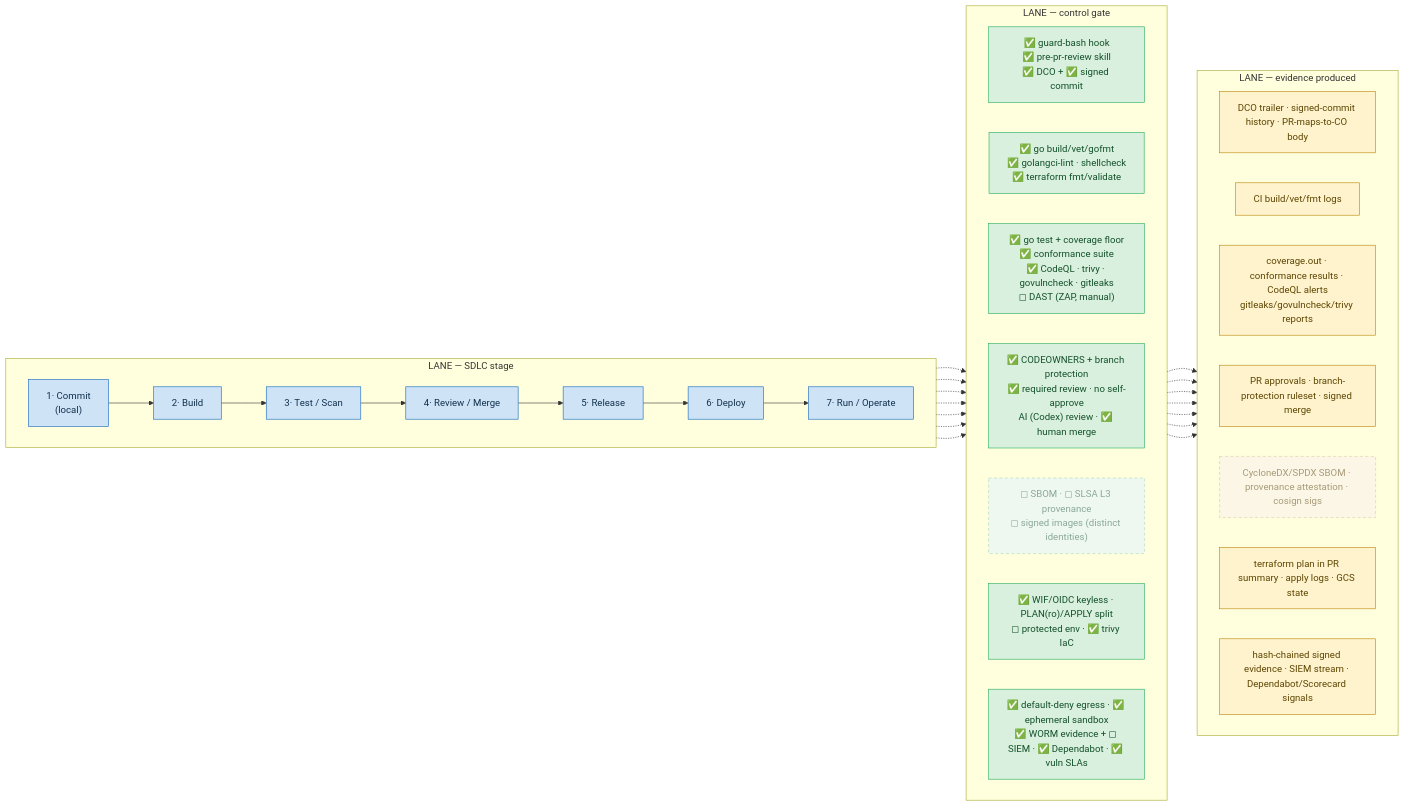
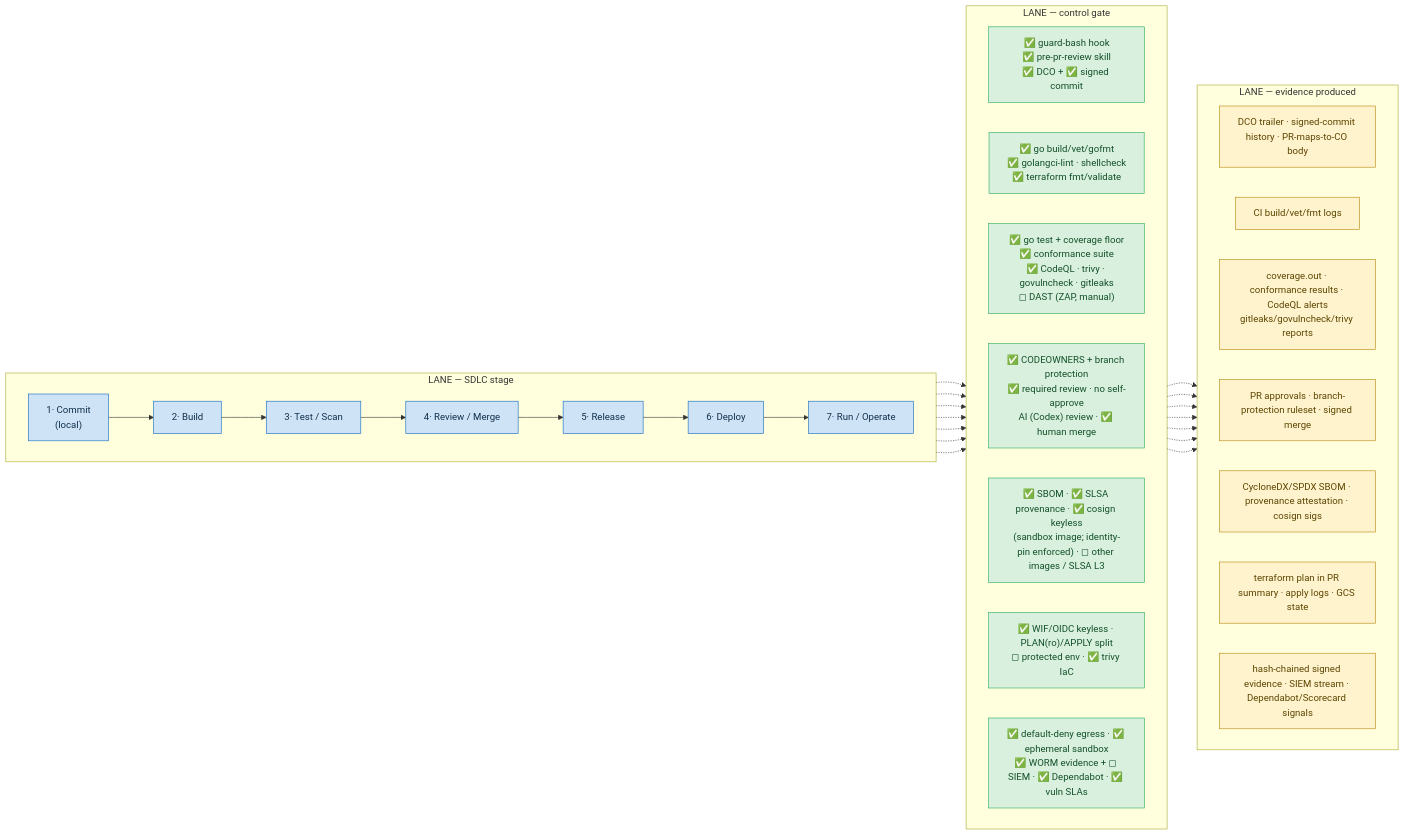
The diagram in docs/architecture/07-technology-lifecycle-controls.md (console7/console7), drawn with Mermaid before and after one commit. The commit also changed other lines of this file and 36 other files, not shown here.

````diff
--- a/docs/architecture/07-technology-lifecycle-controls.md
+++ b/docs/architecture/07-technology-lifecycle-controls.md
@@ -15,46 +15,42 @@
 ```mermaid
 flowchart LR
   subgraph L1["LANE — SDLC stage"]
     direction LR
     A1["1· Commit<br/>(local)"] --> A2["2· Build"] --> A3["3· Test / Scan"] --> A4["4· Review / Merge"] --> A5["5· Release"] --> A6["6· Deploy"] --> A7["7· Run / Operate"]
   end
   subgraph L2["LANE — control gate"]
     direction LR
     G1["✅ guard-bash hook<br/>✅ pre-pr-review skill<br/>✅ DCO + ✅ signed commit"]
     G2["✅ go build/vet/gofmt<br/>✅ golangci-lint · shellcheck<br/>✅ terraform fmt/validate"]
     G3["✅ go test + coverage floor<br/>✅ conformance suite<br/>✅ CodeQL · trivy · govulncheck · gitleaks<br/>◻ DAST (ZAP, manual)"]
     G4["✅ CODEOWNERS + branch protection<br/>✅ required review · no self-approve<br/>AI (Codex) review · ✅ human merge"]
-    G5["◻ SBOM · ◻ SLSA L3 provenance<br/>◻ signed images (distinct identities)"]
+    G5["✅ SBOM · ✅ SLSA provenance · ✅ cosign keyless<br/>(sandbox image; identity-pin enforced) · ◻ other images / SLSA L3"]
     G6["✅ WIF/OIDC keyless · PLAN(ro)/APPLY split<br/>◻ protected env · ✅ trivy IaC"]
     G7["✅ default-deny egress · ✅ ephemeral sandbox<br/>✅ WORM evidence + ◻ SIEM · ✅ Dependabot · ✅ vuln SLAs"]
   end
   subgraph L3["LANE — evidence produced"]
     direction LR
     E1["DCO trailer · signed-commit history · PR-maps-to-CO body"]
     E2["CI build/vet/fmt logs"]
     E3["coverage.out · conformance results · CodeQL alerts<br/>gitleaks/govulncheck/trivy reports"]
     E4["PR approvals · branch-protection ruleset · signed merge"]
     E5["CycloneDX/SPDX SBOM · provenance attestation · cosign sigs"]
     E6["terraform plan in PR summary · apply logs · GCS state"]
     E7["hash-chained signed evidence · SIEM stream · Dependabot/Scorecard signals"]
   end
   A1 -.-> G1 -.-> E1
   A2 -.-> G2 -.-> E2
   A3 -.-> G3 -.-> E3
   A4 -.-> G4 -.-> E4
   A5 -.-> G5 -.-> E5
   A6 -.-> G6 -.-> E6
   A7 -.-> G7 -.-> E7
 
   classDef stage fill:#cfe3f7,stroke:#1168bd,color:#11304a;
   classDef gate fill:#d8f0dd,stroke:#27ae60,color:#13502a;
-  classDef gatePlan fill:#eef8f1,stroke:#abd7ba,color:#8aa896,stroke-dasharray:5 4;
   classDef evid fill:#fff3cd,stroke:#b8860b,color:#5c4500;
-  classDef evidPlan fill:#fbf6e6,stroke:#ddc99c,color:#a89a78,stroke-dasharray:5 4;
-  %% faded + dashed = target state (not yet coded & landed); solid = implemented & landed
+  %% solid = implemented & landed (Release gate now partially live — see legend)
   class A1,A2,A3,A4,A5,A6,A7 stage;
-  class G1,G2,G3,G4,G6,G7 gate;
-  class G5 gatePlan;
-  class E1,E2,E3,E4,E6,E7 evid;
-  class E5 evidPlan;
+  class G1,G2,G3,G4,G5,G6,G7 gate;
+  class E1,E2,E3,E4,E5,E6,E7 evid;
 ```
````
